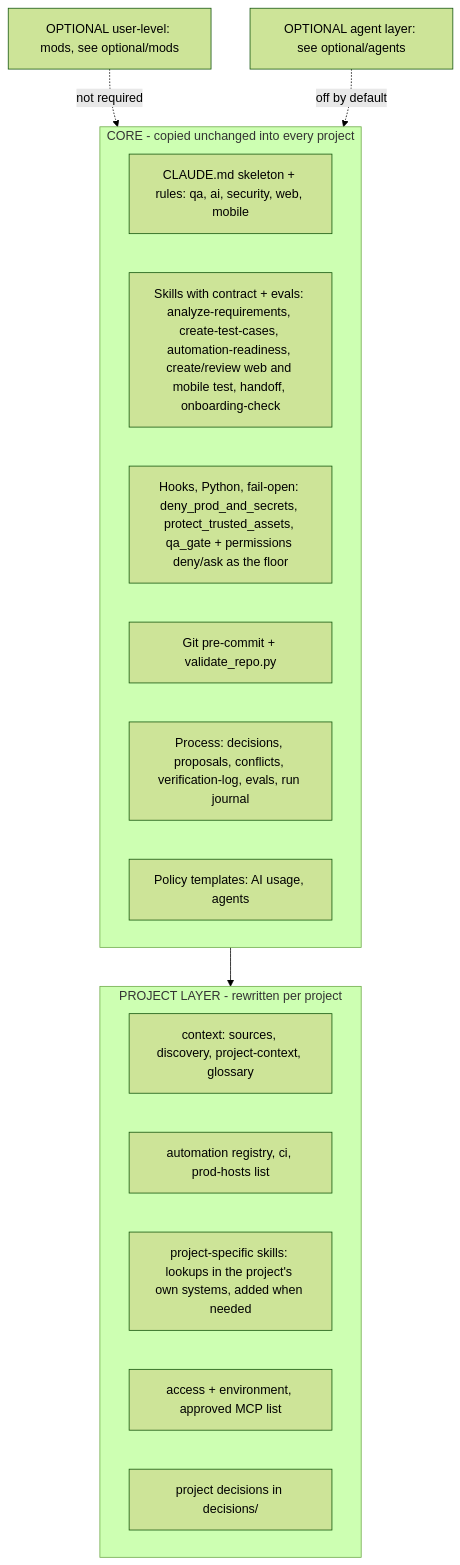
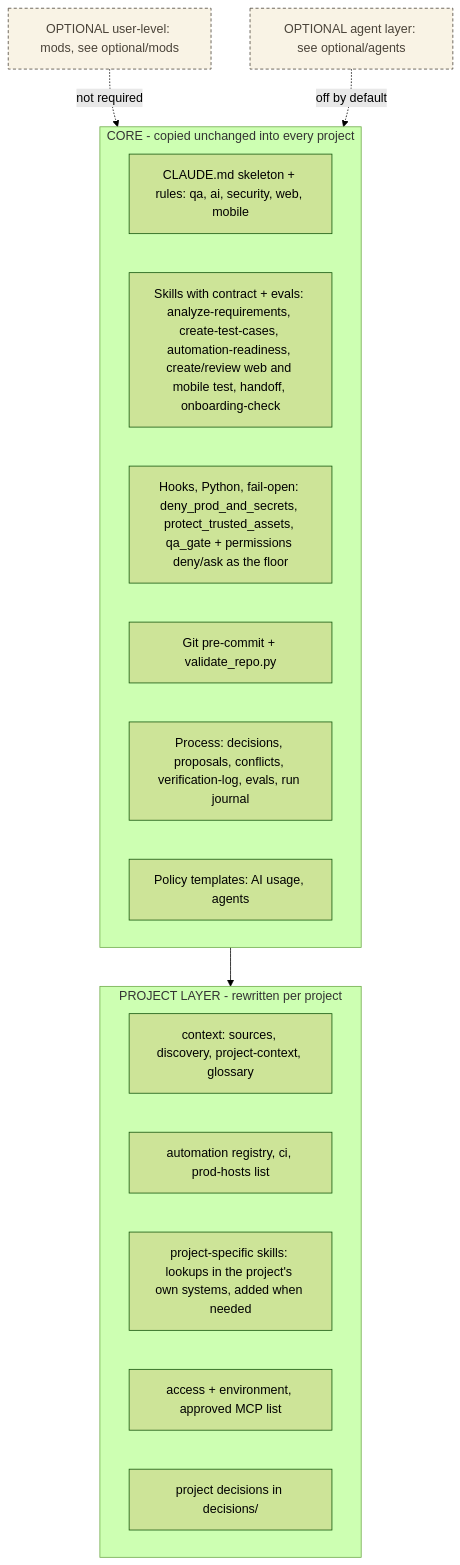
The first of 3 diagrams in docs/schemes/07-base-and-variants.md (oleksandrkodua/AIQA-STLC-Concept), drawn with Mermaid (forest theme) before and after one commit. The commit also changed 48 other files, not shown here.

First line of the commit message:
Course design system: one palette, tokens, type scale, rules for new lessons

````diff
--- a/docs/schemes/07-base-and-variants.md
+++ b/docs/schemes/07-base-and-variants.md
@@ -7,23 +7,30 @@
 ```mermaid
 flowchart TB
   subgraph CORE[CORE - copied unchanged into every project]
     C1[CLAUDE.md skeleton + rules: qa, ai, security, web, mobile]
     C2[Skills with contract + evals: analyze-requirements, create-test-cases, automation-readiness, create/review web and mobile test, handoff, onboarding-check]
     C3[Hooks, Python, fail-open: deny_prod_and_secrets, protect_trusted_assets, qa_gate + permissions deny/ask as the floor]
     C4[Git pre-commit + validate_repo.py]
     C5[Process: decisions, proposals, conflicts, verification-log, evals, run journal]
     C6[Policy templates: AI usage, agents]
   end
   subgraph PROJ[PROJECT LAYER - rewritten per project]
     P1[context: sources, discovery, project-context, glossary]
     P2[automation registry, ci, prod-hosts list]
     P3[project-specific skills: lookups in the project's own systems, added when needed]
     P4[access + environment, approved MCP list]
     P5[project decisions in decisions/]
   end
   OPT[OPTIONAL user-level: mods, see optional/mods]
   OPT2[OPTIONAL agent layer: see optional/agents]
   CORE --> PROJ
   OPT -.not required.-> CORE
   OPT2 -.off by default.-> CORE
+  %% status colours: training/lessons/_design/README.md (always with the word on the node)
+  classDef ok fill:#E4EDDD,stroke:#4E7A3A,color:#1E4A2E
+  classDef draft fill:#F6E3B8,stroke:#E0A030,color:#231F1A
+  classDef fail fill:#F3D9D1,stroke:#8A2A1A,color:#8A2A1A
+  classDef off fill:#F9F3E5,stroke:#4A4339,stroke-dasharray:4 3,color:#4A4339
+  classDef gate fill:#FFFBF0,stroke:#231F1A,stroke-width:3px,color:#231F1A
+  class OPT,OPT2 off
 ```
````
